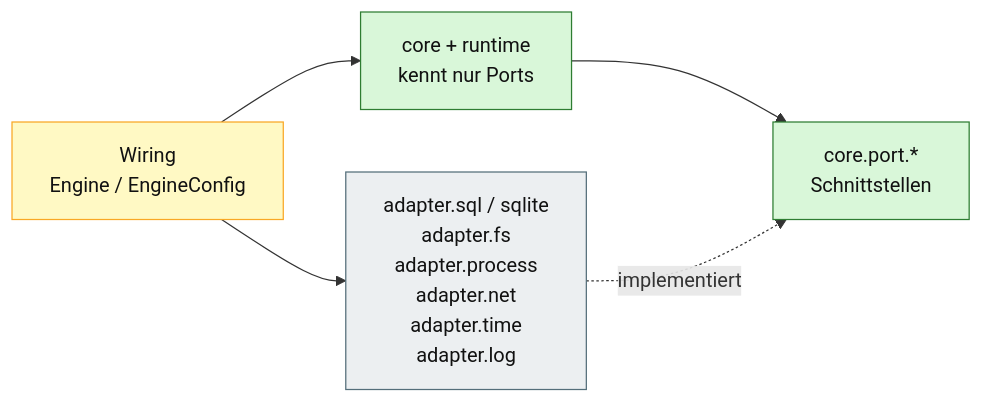
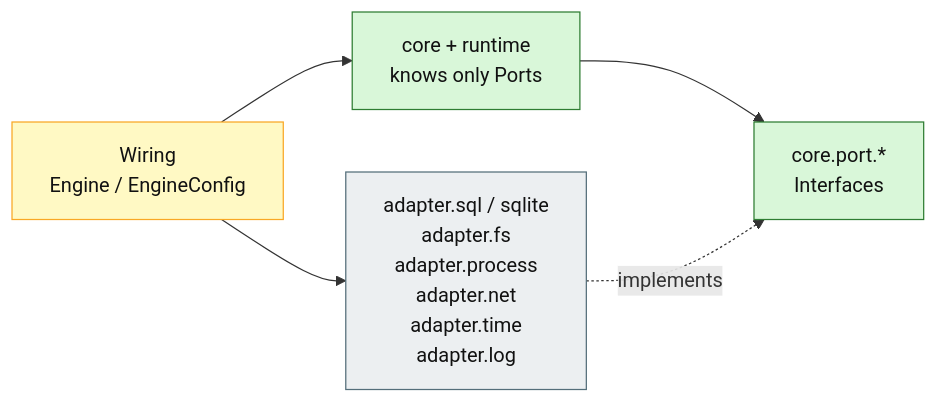
One commit to augmentia-de/QOC changed the second of 2 diagrams in docs/diagrams/06-dependencies.md. Above: the diagram before and after it, drawn with Mermaid. The commit also changed other lines of this file and 71 other files, not shown here.

````diff
--- a/docs/diagrams/06-dependencies.md
+++ b/docs/diagrams/06-dependencies.md
@@ -36,16 +36,16 @@
 ```mermaid
 flowchart LR
-  Domain["core + runtime<br/>kennt nur Ports"]:::det
-  Ports["core.port.*<br/>Schnittstellen"]:::det
+  Domain["core + runtime<br/>knows only Ports"]:::det
+  Ports["core.port.*<br/>Interfaces"]:::det
   Adapters["adapter.sql / sqlite<br/>adapter.fs<br/>adapter.process<br/>adapter.net<br/>adapter.time<br/>adapter.log"]:::ext
   Wiring["Wiring<br/>Engine / EngineConfig"]:::mixed
 
   Domain --> Ports
-  Adapters -.->|"implementiert"| Ports
+  Adapters -.->|"implements"| Ports
   Wiring --> Adapters
   Wiring --> Domain
 
   classDef det fill:#d9f7d9,stroke:#2e7d32,stroke-width:1px,color:#111;
   classDef mixed fill:#fff9c4,stroke:#f9a825,stroke-width:1px,color:#111;
   classDef ext fill:#eceff1,stroke:#546e7a,stroke-width:1px,color:#111;
 ```
````
